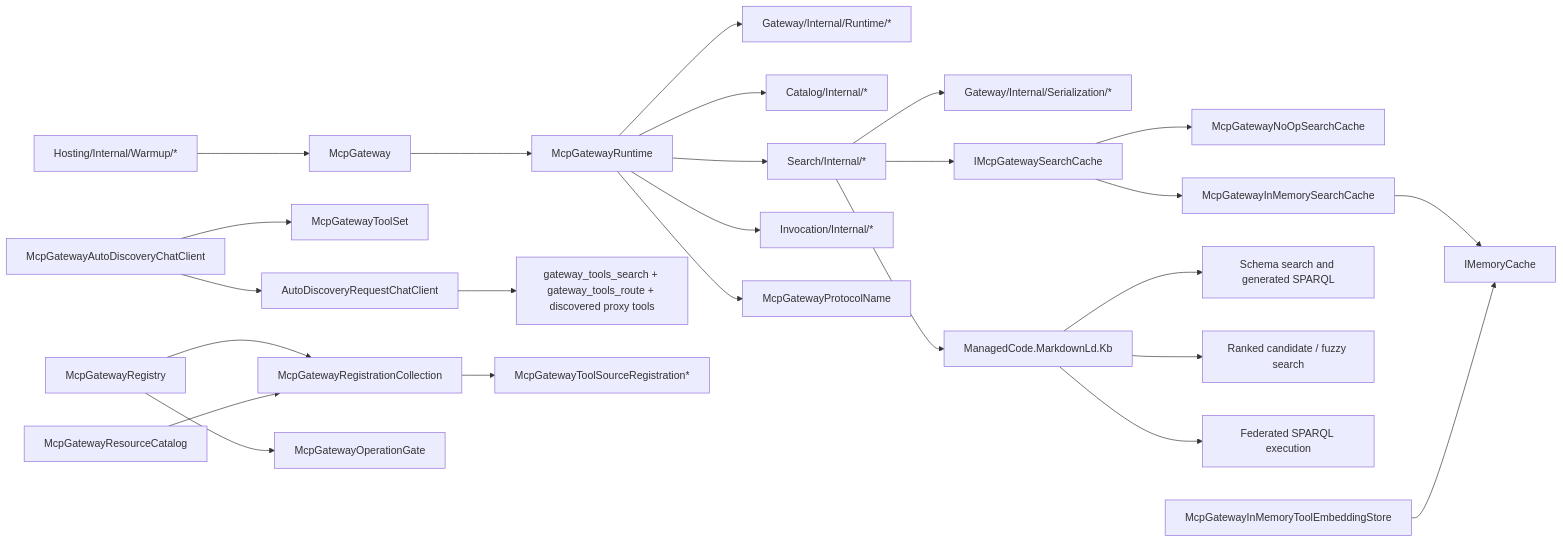
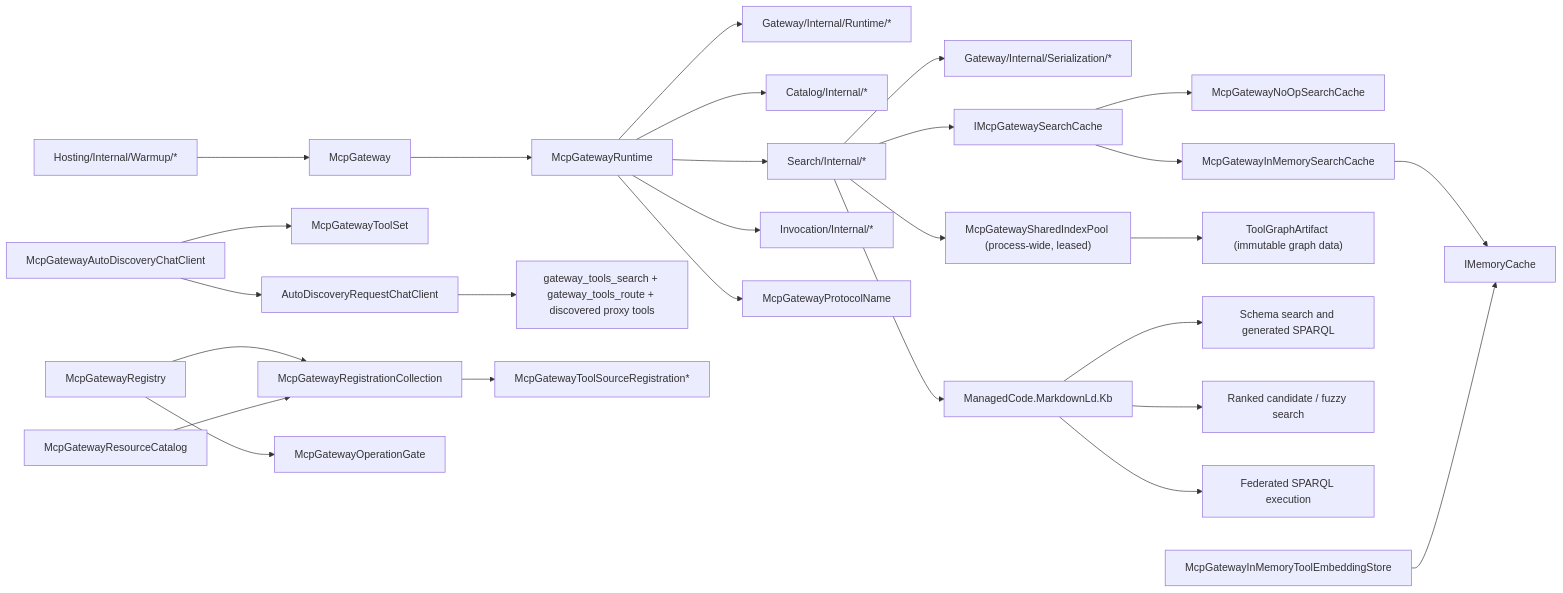
One commit to managedcode/MCPGateway changed the fourth of 4 diagrams in docs/Architecture/Overview.md. Above: the diagram before and after it, drawn with Mermaid. The commit also changed other lines of this file and 26 other files, not shown here.

````diff
--- a/docs/Architecture/Overview.md
+++ b/docs/Architecture/Overview.md
@@ -177,27 +179,29 @@
 ```mermaid
 flowchart LR
     McpGateway["McpGateway"] --> McpGatewayRuntime["McpGatewayRuntime"]
     AutoDiscovery["McpGatewayAutoDiscoveryChatClient"] --> ToolSet["McpGatewayToolSet"]
     AutoDiscovery --> RequestWrapper["AutoDiscoveryRequestChatClient"]
     RequestWrapper --> RuntimeTools["gateway_tools_search + gateway_tools_route + discovered proxy tools"]
     McpGatewayRuntime --> RuntimeCore["Gateway/Internal/Runtime/*"]
     McpGatewayRuntime --> RuntimeCatalog["Catalog/Internal/*"]
     McpGatewayRuntime --> RuntimeSearch["Search/Internal/*"]
     McpGatewayRuntime --> RuntimeInvocation["Invocation/Internal/*"]
     McpGatewayRuntime --> ProtocolNames["McpGatewayProtocolName"]
     Registry["McpGatewayRegistry"] --> RegistrationCollection["McpGatewayRegistrationCollection"]
     Registry --> OperationGate["McpGatewayOperationGate"]
     ResourceCatalog["McpGatewayResourceCatalog"] --> RegistrationCollection
     RegistrationCollection --> SourceRegistrations["McpGatewayToolSourceRegistration*"]
     RuntimeSearch --> Json["Gateway/Internal/Serialization/*"]
     RuntimeSearch --> SearchCache["IMcpGatewaySearchCache"]
     SearchCache --> NoOpCache["McpGatewayNoOpSearchCache"]
     SearchCache --> InMemorySearchCache["McpGatewayInMemorySearchCache"]
     InMemorySearchCache --> MemoryCache["IMemoryCache"]
+    RuntimeSearch --> GraphPool["McpGatewaySharedIndexPool (process-wide, leased)"]
+    GraphPool --> GraphArtifact["ToolGraphArtifact (immutable graph data)"]
     RuntimeSearch --> MarkdownLd["ManagedCode.MarkdownLd.Kb"]
     MarkdownLd --> SchemaSparql["Schema search and generated SPARQL"]
     MarkdownLd --> RankedSearch["Ranked candidate / fuzzy search"]
     MarkdownLd --> Federation["Federated SPARQL execution"]
     Warmup["Hosting/Internal/Warmup/*"] --> McpGateway
     InMemoryStore["McpGatewayInMemoryToolEmbeddingStore"] --> MemoryCache["IMemoryCache"]
 ```
````
